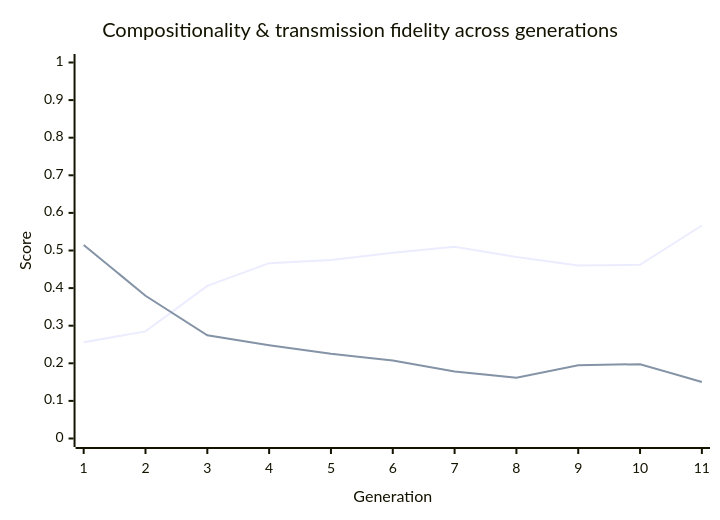
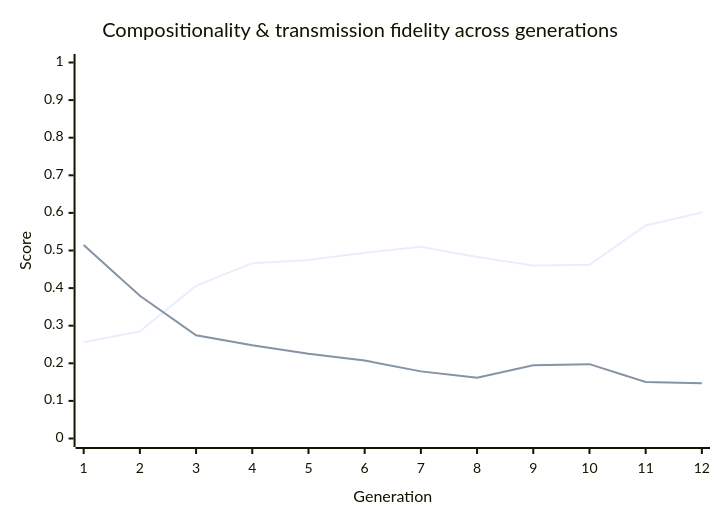
Before and after one commit to nichobbs/traditio: the diagram in metrics/latest-report.md, drawn with Mermaid. The commit also changed other lines of this file and 1 other file, not shown here.

````diff
--- a/metrics/latest-report.md
+++ b/metrics/latest-report.md
@@ -40,8 +40,8 @@
 ```mermaid
 xychart-beta
     title "Compositionality & transmission fidelity across generations"
-    x-axis "Generation" [1, 2, 3, 4, 5, 6, 7, 8, 9, 10, 11]
+    x-axis "Generation" [1, 2, 3, 4, 5, 6, 7, 8, 9, 10, 11, 12]
     y-axis "Score" 0 --> 1
-    line "Compositionality" [0.2559, 0.2849, 0.4060, 0.4663, 0.4745, 0.4941, 0.5099, 0.4826, 0.4603, 0.4619, 0.5665]
-    line "Transmission Fidelity" [0.5148, 0.3796, 0.2746, 0.2481, 0.2251, 0.2074, 0.1785, 0.1615, 0.1949, 0.1977, 0.1504]
+    line "Compositionality" [0.2559, 0.2849, 0.4060, 0.4663, 0.4745, 0.4941, 0.5099, 0.4826, 0.4603, 0.4619, 0.5665, 0.6011]
+    line "Transmission Fidelity" [0.5148, 0.3796, 0.2746, 0.2481, 0.2251, 0.2074, 0.1785, 0.1615, 0.1949, 0.1977, 0.1504, 0.1472]
 ```
````
